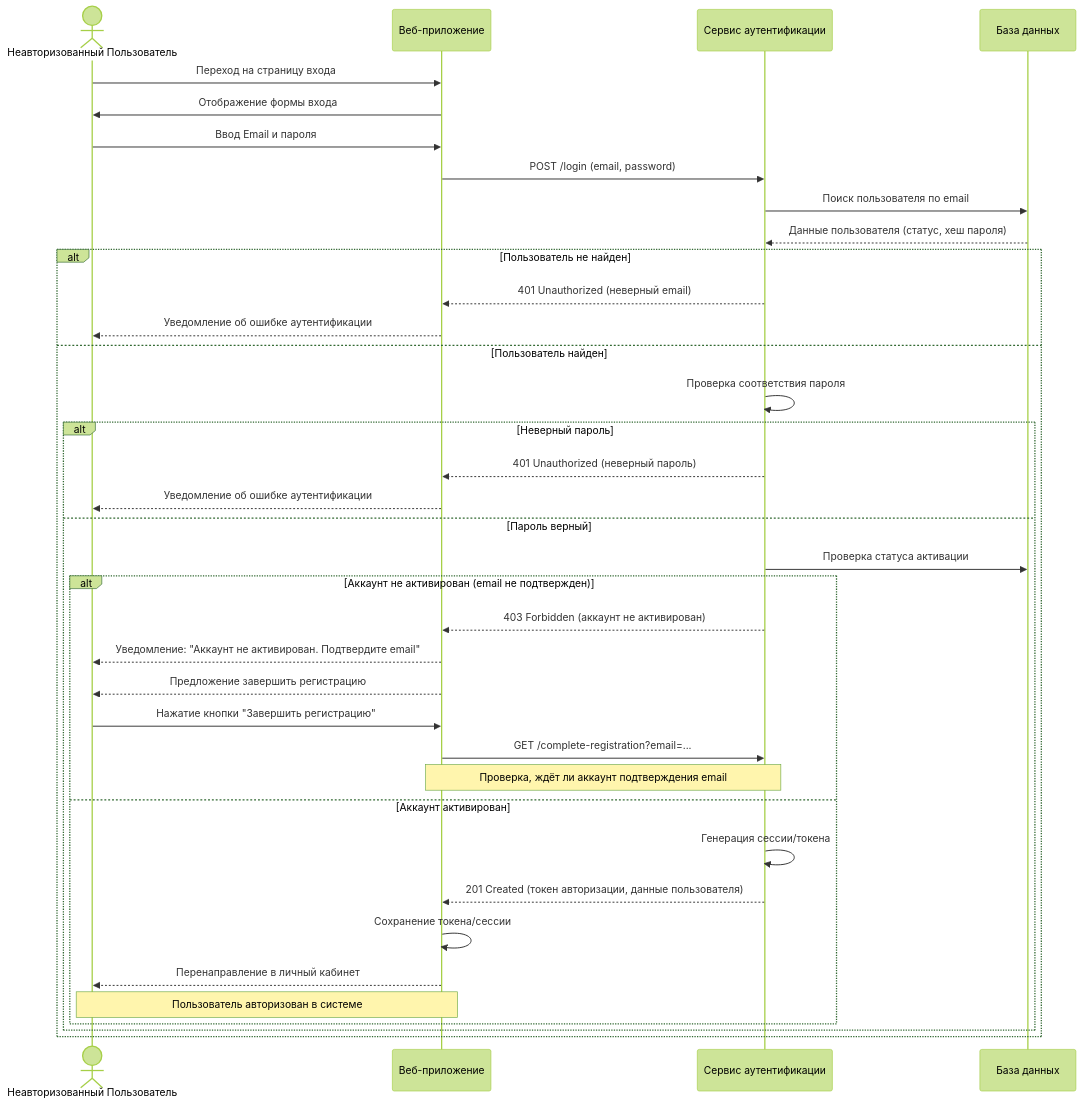
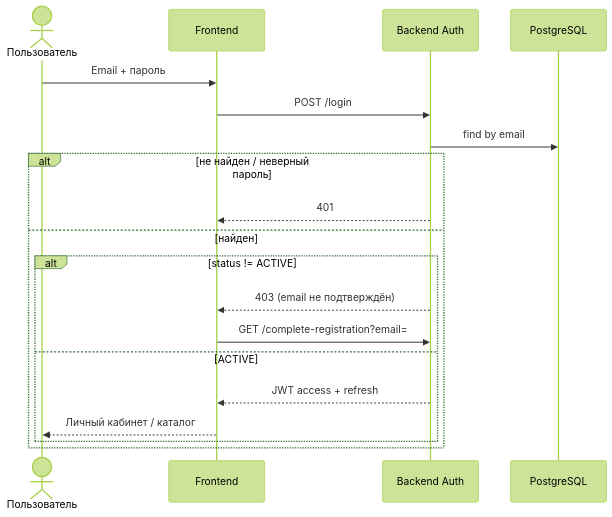
Before and after one commit to Rento-devteam/Rento: the diagram in docs/sequence/UC-02.md, drawn with Mermaid (forest theme). The commit also changed other lines of this file and 33 other files, not shown here.

````diff
--- a/docs/sequence/UC-02.md
+++ b/docs/sequence/UC-02.md
@@ -1,46 +5,22 @@
 ```mermaid
-    sequenceDiagram
-    actor User as Неавторизованный Пользователь
-    participant WebApp as Веб-приложение
-    participant AuthService as Сервис аутентификации
-    participant Database as База данных
+sequenceDiagram
+    actor User as Пользователь
+    participant WebApp as Frontend
+    participant API as Backend Auth
+    participant DB as PostgreSQL
 
-    User->>WebApp: Переход на страницу входа
-    WebApp->>User: Отображение формы входа
-    
-    User->>WebApp: Ввод Email и пароля
-    WebApp->>AuthService: POST /login (email, password)
-    
-    AuthService->>Database: Поиск пользователя по email
-    Database-->>AuthService: Данные пользователя (статус, хеш пароля)
-    
-    alt Пользователь не найден
-        AuthService-->>WebApp: 401 Unauthorized (неверный email)
-        WebApp-->>User: Уведомление об ошибке аутентификации
-    else Пользователь найден
-        AuthService->>AuthService: Проверка соответствия пароля
-        
-        alt Неверный пароль
-            AuthService-->>WebApp: 401 Unauthorized (неверный пароль)
-            WebApp-->>User: Уведомление об ошибке аутентификации
-        else Пароль верный
-            AuthService->>Database: Проверка статуса активации
-            
-            alt Аккаунт не активирован (email не подтвержден)
-                AuthService-->>WebApp: 403 Forbidden (аккаунт не активирован)
-                WebApp-->>User: Уведомление: "Аккаунт не активирован. Подтвердите email"
-                WebApp-->>User: Предложение завершить регистрацию
-                User->>WebApp: Нажатие кнопки "Завершить регистрацию"
-                WebApp->>AuthService: GET /complete-registration?email=...
-                Note over WebApp,AuthService: Проверка, ждёт ли аккаунт подтверждения email
-            else Аккаунт активирован
-                AuthService->>AuthService: Генерация сессии/токена
-                AuthService-->>WebApp: 201 Created (токен авторизации, данные пользователя)
-                WebApp->>WebApp: Сохранение токена/сессии
-                WebApp-->>User: Перенаправление в личный кабинет
-                Note over User,WebApp: Пользователь авторизован в системе
-            end
+    User->>WebApp: Email + пароль
+    WebApp->>API: POST /login
+    API->>DB: find by email
+    alt не найден / неверный пароль
+        API-->>WebApp: 401
+    else найден
+        alt status != ACTIVE
+            API-->>WebApp: 403 (email не подтверждён)
+            WebApp->>API: GET /complete-registration?email=
+        else ACTIVE
+            API-->>WebApp: JWT access + refresh
+            WebApp-->>User: Личный кабинет / каталог
         end
     end
-
 ```
````
